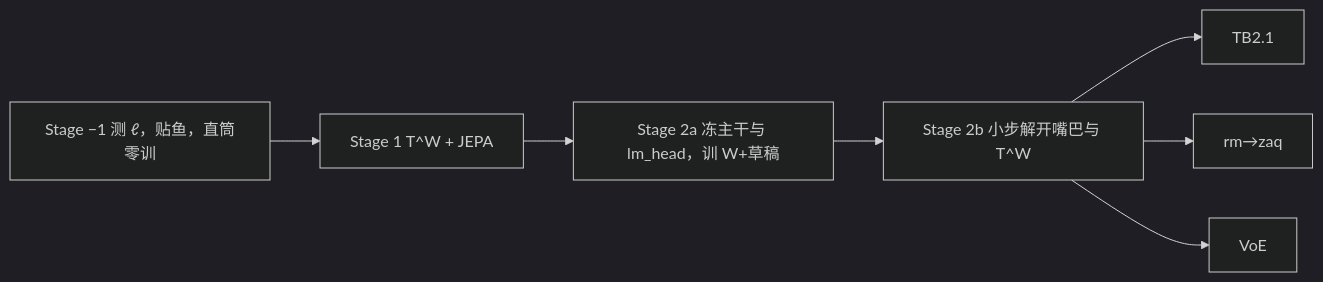
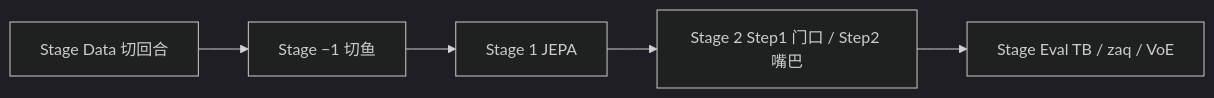
The second of 2 diagrams in AGENTS.md (MegaGimen/BIV), drawn with Mermaid (dark theme) before and after one commit. The commit also changed other lines of this file, not shown here.

First line of the commit message:
Rewrite the training walk as Stage / Step in AGENTS.md.

````diff
--- a/AGENTS.md
+++ b/AGENTS.md
@@ -238,10 +255,8 @@
 ```mermaid
 flowchart LR
-    SM["Stage −1 测 ℓ，贴鱼，直筒零训"]
-    SM --> S1["Stage 1 T^W + JEPA"]
-    S1 --> S2A["Stage 2a 冻主干与 lm_head，训 W+草稿"]
-    S2A --> S2B["Stage 2b 小步解开嘴巴与 T^W"]
-    S2B --> E1["TB2.1"]
-    S2B --> E2["rm→zaq"]
-    S2B --> E3["VoE"]
+    SD["Stage Data 切回合"]
+    SD --> SM["Stage −1 切鱼"]
+    SM --> S1["Stage 1 JEPA"]
+    S1 --> S2["Stage 2 Step1 门口 / Step2 嘴巴"]
+    S2 --> EV["Stage Eval TB / zaq / VoE"]
 ```
````
